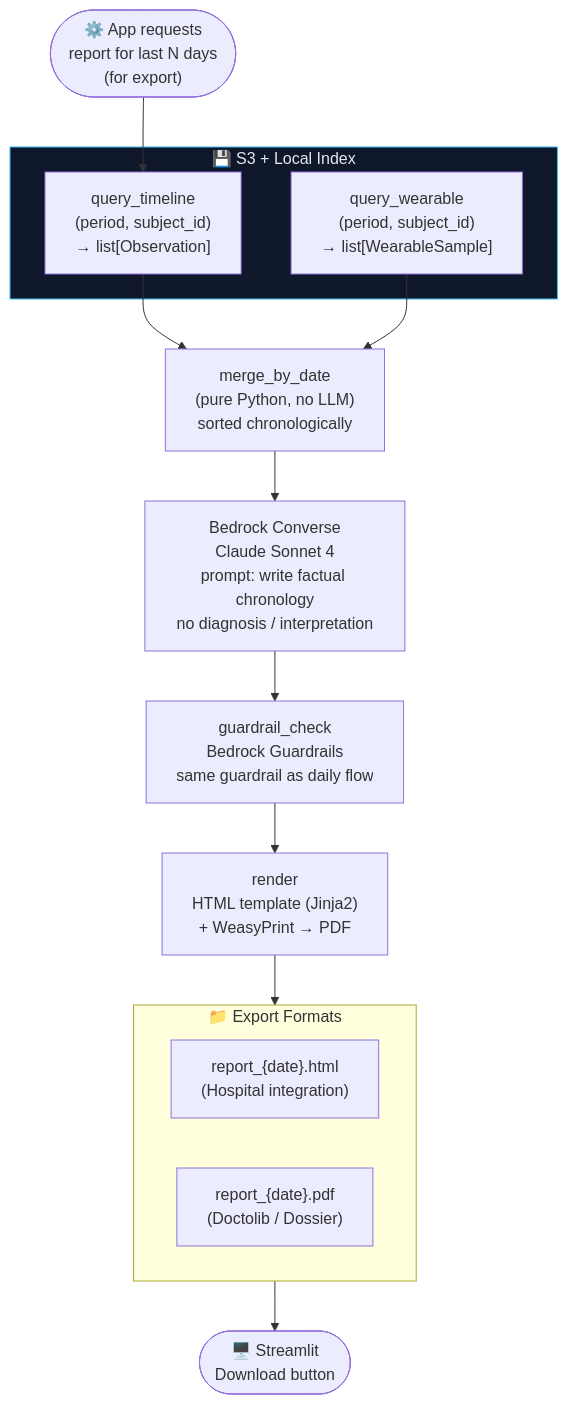
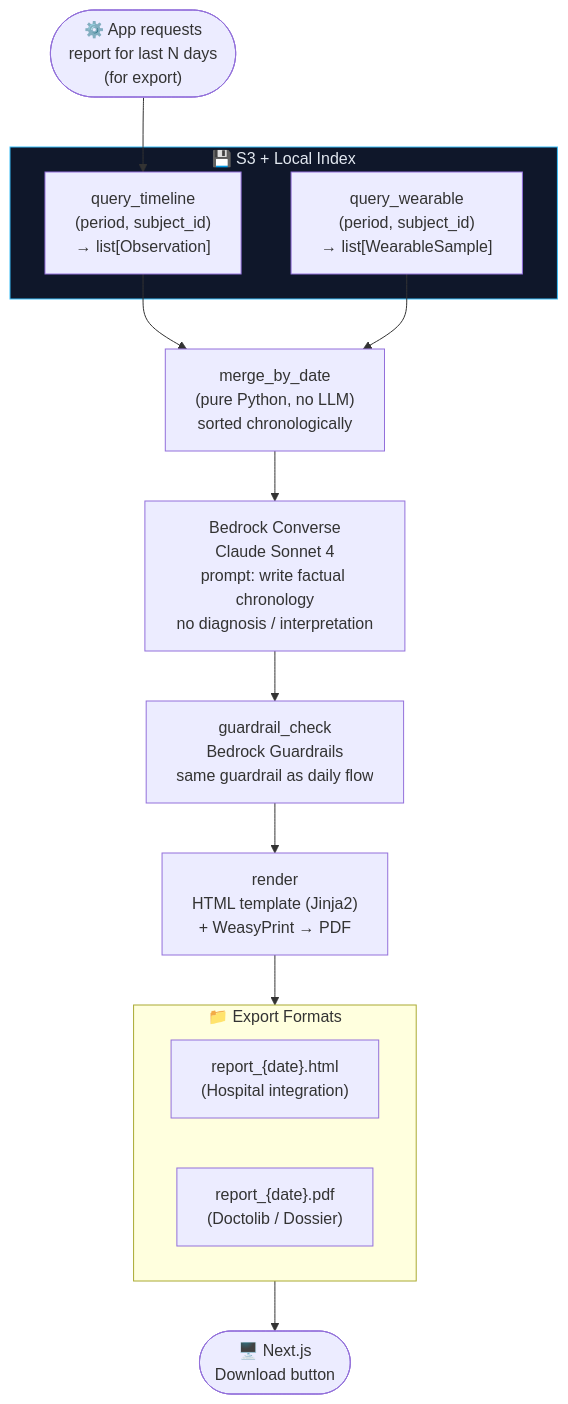
One commit to Amine-te/clover-v-sopra-steria-hackathon changed the fifth of 8 diagrams in karis_architecture.md. Above: the diagram before and after it, drawn with Mermaid. The commit also changed other lines of this file and 2 other files, not shown here.

Commit message:
replace streamlit with react in the docs

````diff
--- a/karis_architecture.md
+++ b/karis_architecture.md
@@ -156,29 +156,29 @@
 ```mermaid
 flowchart TD
     REQ(["⚙️ App requests<br/>report for last N days<br/>(for export)"]) --> QT
 
     subgraph STORE ["💾 S3 + Local Index"]
         QT["query_timeline<br/>(period, subject_id)<br/>→ list[Observation]"]
         QW["query_wearable<br/>(period, subject_id)<br/>→ list[WearableSample]"]
     end
 
     QT --> MERGE
     QW --> MERGE
 
     MERGE["merge_by_date<br/>(pure Python, no LLM)<br/>sorted chronologically"] --> SUM
 
     SUM["Bedrock Converse<br/>Claude Sonnet 4<br/>prompt: write factual chronology<br/>no diagnosis / interpretation"] --> GC
 
     GC["guardrail_check<br/>Bedrock Guardrails<br/>same guardrail as daily flow"] --> RENDER
 
     RENDER["render<br/>HTML template (Jinja2)<br/>+ WeasyPrint → PDF"] --> OUT
 
     subgraph OUT ["📁 Export Formats"]
         HTML["report_{date}.html<br/>(Hospital integration)"]
         PDF["report_{date}.pdf<br/>(Doctolib / Dossier)"]
     end
 
-    OUT --> UI(["🖥️ Streamlit<br/>Download button"])
+    OUT --> UI(["🖥️ Next.js<br/>Download button"])
 
     style STORE fill:#0f172a,color:#e2e8f0,stroke:#38bdf8
 ```
````
